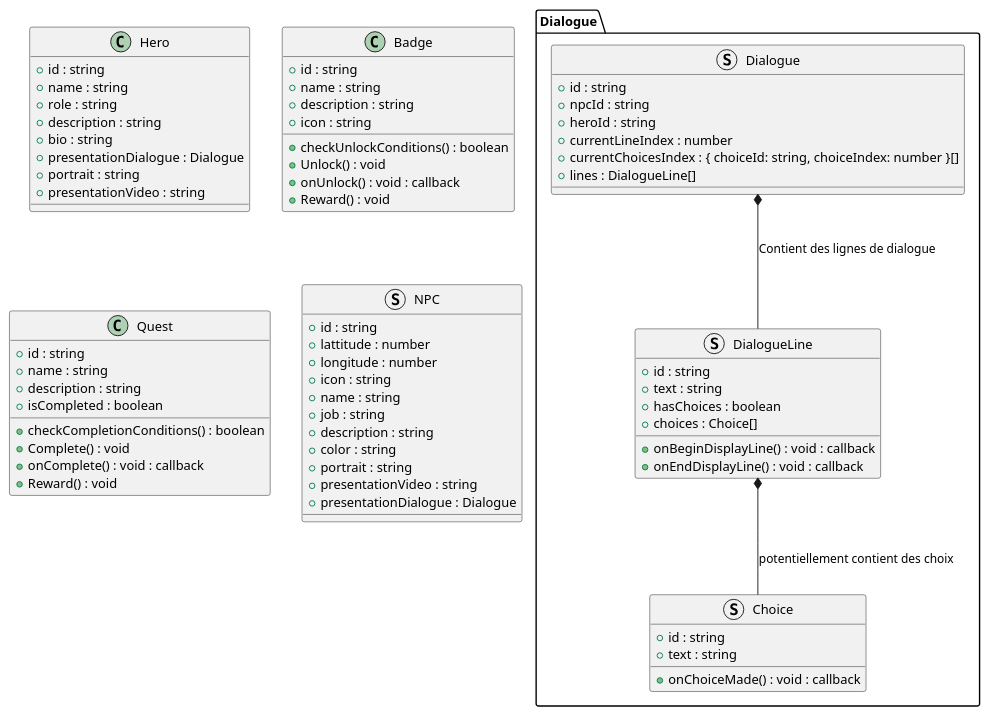
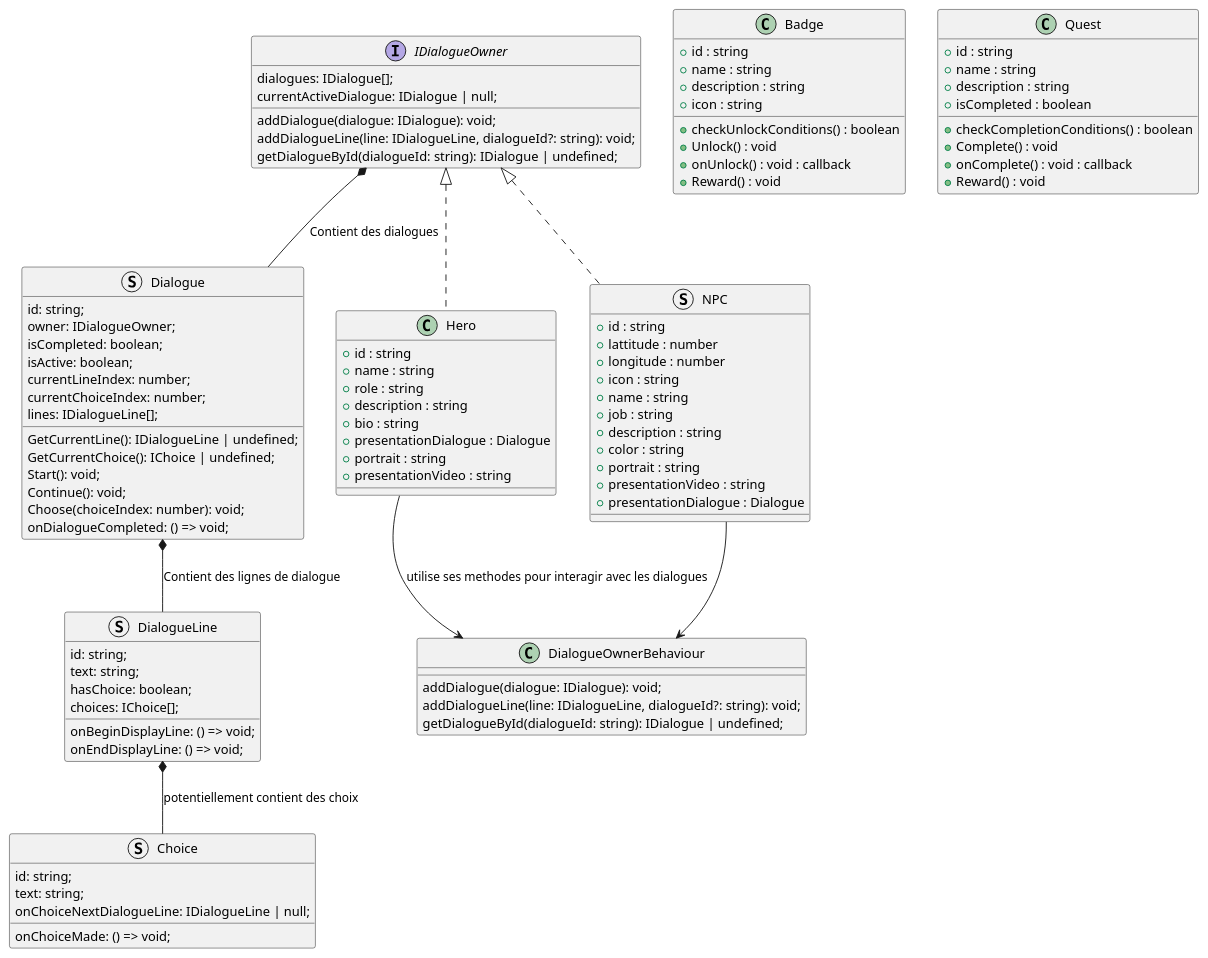
One commit to Elhexiar/route-du-rome-refacto changed the diagram in doc/05_Modelisation/entities.pu. Above: the diagram before and after it, drawn with PlantUML. The commit also changed 44 other files, not shown here.

```diff
--- a/doc/05_Modelisation/entities.pu
+++ b/doc/05_Modelisation/entities.pu
@@ -1,92 +1,126 @@
 @startuml 
 
-class Hero
-{
-    + id : string
-    + name : string
-    + role : string
-    + description : string
-    + bio : string
-    + presentationDialogue : Dialogue
-    + portrait : string
-    + presentationVideo : string
-}
 
-class Badge
-{
-    + id : string
-    + name : string
-    + description : string
-    + icon : string
-    + checkUnlockConditions() : boolean
-    + Unlock() : void
-    + onUnlock() : void : callback
-    + Reward() : void
-}
 
-class Quest {
-    
-    + id : string
-    + name : string
-    + description : string
-    + isCompleted : boolean
-    + checkCompletionConditions() : boolean
-    + Complete() : void
-    + onComplete() : void : callback
-    + Reward() : void
-}
 
-struct NPC
-{
-    + id : string
-    + lattitude : number
-    + longitude : number
-    + icon : string
-    + name : string
-    + job : string
-    + description : string
-    + color : string
-    + portrait : string
-    + presentationVideo : string
-    + presentationDialogue : Dialogue
-}
 
-package "Dialogue" {
+    interface IDialogueOwner {
+        dialogues: IDialogue[];
+        currentActiveDialogue: IDialogue | null;
+
+        addDialogue(dialogue: IDialogue): void;
+        addDialogueLine(line: IDialogueLine, dialogueId?: string): void;
+        getDialogueById(dialogueId: string): IDialogue | undefined;
+  
+    }
+
+    class DialogueOwnerBehaviour {
+        addDialogue(dialogue: IDialogue): void;
+        addDialogueLine(line: IDialogueLine, dialogueId?: string): void;
+        getDialogueById(dialogueId: string): IDialogue | undefined;
+    }
 
     struct Dialogue
     {
-        + id : string
-        + npcId : string
-        + heroId : string
-        + currentLineIndex : number
-        + currentChoicesIndex : { choiceId: string, choiceIndex: number }[]
-        + lines : DialogueLine[]
+        id: string;
+        owner: IDialogueOwner;
+        isCompleted: boolean;
+        isActive: boolean;
+        currentLineIndex: number;
+        currentChoiceIndex: number;
+        lines: IDialogueLine[];
+
+        GetCurrentLine(): IDialogueLine | undefined;
+        GetCurrentChoice(): IChoice | undefined;
+        Start(): void;
+        Continue(): void;
+        Choose(choiceIndex: number): void;
+        onDialogueCompleted: () => void;
     }
 
     struct DialogueLine
     {
-        + id : string
-        + text : string
-        + hasChoices : boolean
-        + choices : Choice[]
-        + onBeginDisplayLine() : void : callback
-        + onEndDisplayLine() : void : callback
+        id: string;
+        text: string;
+        hasChoice: boolean;
+        choices: IChoice[];
+        onBeginDisplayLine: () => void;
+        onEndDisplayLine: () => void;
     }
 
     struct Choice
     {
-        + id : string
-        + text : string
-        + onChoiceMade() : void : callback
+        id: string;
+        text: string;
+        onChoiceNextDialogueLine: IDialogueLine | null;
+
+        onChoiceMade: () => void;
     }
 
     
 
+
+    IDialogueOwner *-- Dialogue : "Contient des dialogues"
     Dialogue *-- DialogueLine : "Contient des lignes de dialogue"
     DialogueLine *-- Choice : "potentiellement contient des choix"
 
+
+    class Hero implements IDialogueOwner
+    {
+        + id : string
+        + name : string
+        + role : string
+        + description : string
+        + bio : string
+        + presentationDialogue : Dialogue
+        + portrait : string
+        + presentationVideo : string
+    }
+
+    class Badge
+    {
+        + id : string
+        + name : string
+        + description : string
+        + icon : string
+        + checkUnlockConditions() : boolean
+        + Unlock() : void
+        + onUnlock() : void : callback
+        + Reward() : void
+    }
+
+    class Quest {
+        
+        + id : string
+        + name : string
+        + description : string
+        + isCompleted : boolean
+        + checkCompletionConditions() : boolean
+        + Complete() : void
+        + onComplete() : void : callback
+        + Reward() : void
+    }
+
+    struct NPC implements IDialogueOwner
+    {
+        + id : string
+        + lattitude : number
+        + longitude : number
+        + icon : string
+        + name : string
+        + job : string
+        + description : string
+        + color : string
+        + portrait : string
+        + presentationVideo : string
+        + presentationDialogue : Dialogue
+    }
+
+    
+    Hero --> DialogueOwnerBehaviour : "utilise ses methodes pour interagir avec les dialogues"
+    NPC --> DialogueOwnerBehaviour
 
 
 }
 
 @enduml
```
